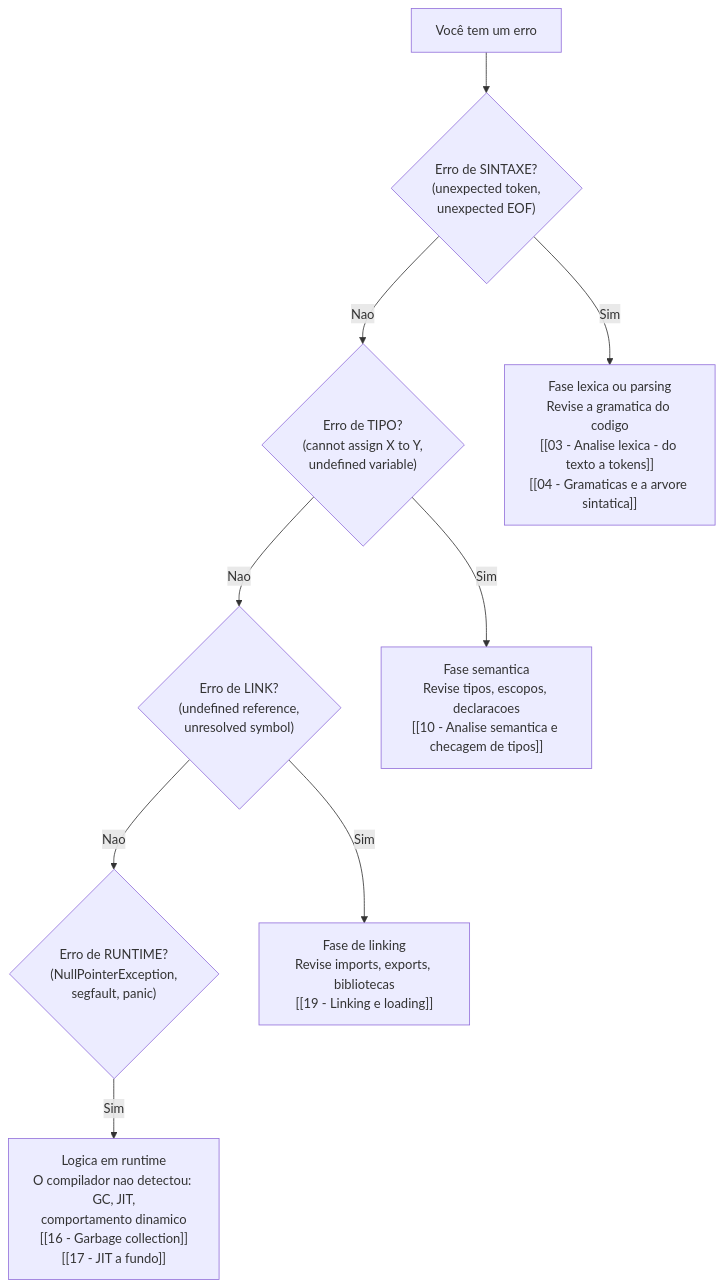
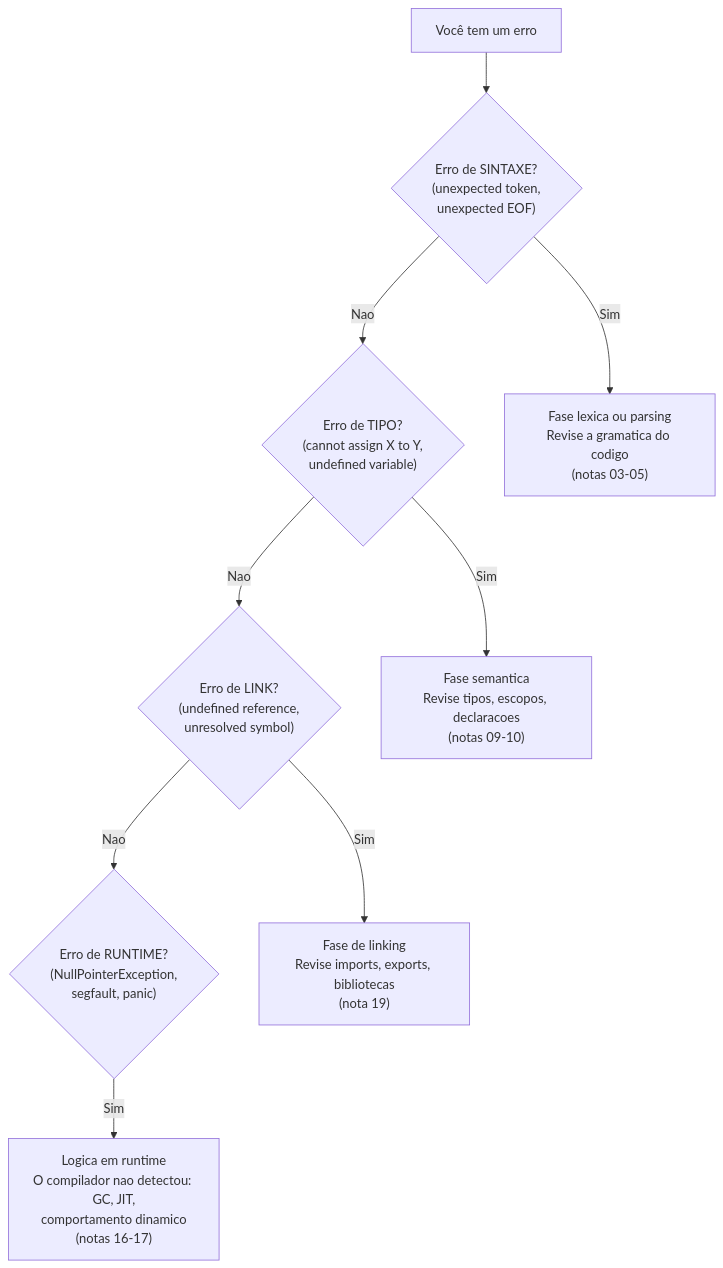
One commit to josenaldo/codex-technomanticus changed the second of 6 diagrams in 03-Dominios/Fundamentos/Compiladores e Linguagens/18 - Capstone - compiladores na vida do dev.md. Above: the diagram before and after it, drawn with Mermaid. The commit also changed other lines of this file and 2 other files, not shown here.

````diff
--- a/03-Dominios/Fundamentos/Compiladores e Linguagens/18 - Capstone - compiladores na vida do dev.md
+++ b/03-Dominios/Fundamentos/Compiladores e Linguagens/18 - Capstone - compiladores na vida do dev.md
@@ -196,22 +196,22 @@
 ```mermaid
 flowchart TD
     Err["Você tem um erro"]
     Lex{"Erro de SINTAXE?\n(unexpected token,\nunexpected EOF)"}
     Sem{"Erro de TIPO?\n(cannot assign X to Y,\nundefined variable)"}
     Link{"Erro de LINK?\n(undefined reference,\nunresolved symbol)"}
     Run{"Erro de RUNTIME?\n(NullPointerException,\nsegfault, panic)"}
 
-    Lex_fix["Fase lexica ou parsing\nRevise a gramatica do codigo\n[[03 - Analise lexica - do texto a tokens]]\n[[04 - Gramaticas e a arvore sintatica]]"]
-    Sem_fix["Fase semantica\nRevise tipos, escopos, declaracoes\n[[10 - Analise semantica e checagem de tipos]]"]
-    Link_fix["Fase de linking\nRevise imports, exports, bibliotecas\n[[19 - Linking e loading]]"]
-    Run_fix["Logica em runtime\nO compilador nao detectou: GC, JIT,\ncomportamento dinamico\n[[16 - Garbage collection]]\n[[17 - JIT a fundo]]"]
+    Lex_fix["Fase lexica ou parsing\nRevise a gramatica do codigo\n(notas 03-05)"]
+    Sem_fix["Fase semantica\nRevise tipos, escopos, declaracoes\n(notas 09-10)"]
+    Link_fix["Fase de linking\nRevise imports, exports, bibliotecas\n(nota 19)"]
+    Run_fix["Logica em runtime\nO compilador nao detectou: GC, JIT,\ncomportamento dinamico\n(notas 16-17)"]
 
     Err --> Lex
     Lex -->|Sim| Lex_fix
     Lex -->|Nao| Sem
     Sem -->|Sim| Sem_fix
     Sem -->|Nao| Link
     Link -->|Sim| Link_fix
     Link -->|Nao| Run
     Run -->|Sim| Run_fix
 ```
````
